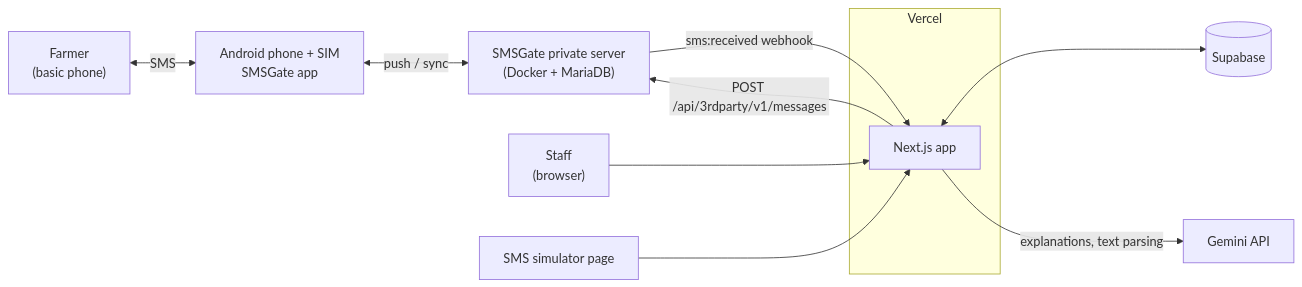
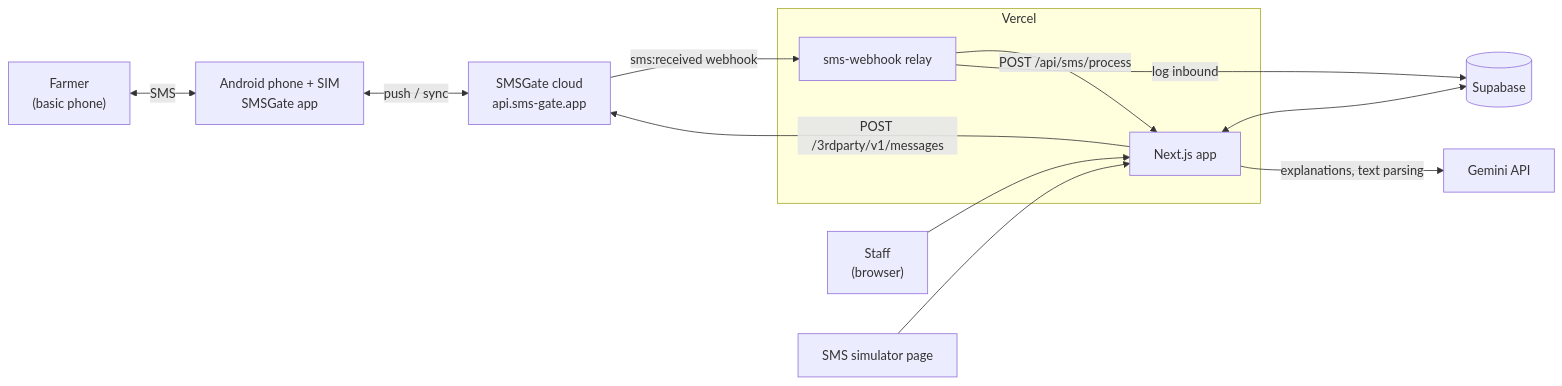
One commit to andrianllmm/hack-iloilo changed the first of 4 diagrams in TRD.md. Above: the diagram before and after it, drawn with Mermaid. The commit also changed other lines of this file and 3 other files, not shown here.

Commit message:
docs(sms): document cloud gateway and relay

````diff
--- a/TRD.md
+++ b/TRD.md
@@ -31,14 +31,17 @@
 ```mermaid
 flowchart LR
   farmer["Farmer<br/>(basic phone)"] <-->|SMS| phone["Android phone + SIM<br/>SMSGate app"]
-  phone <-->|"push / sync"| gw["SMSGate private server<br/>(Docker + MariaDB)"]
-  gw -->|"sms:received webhook"| app
-  app -->|"POST /api/3rdparty/v1/messages"| gw
+  phone <-->|"push / sync"| gw["SMSGate cloud<br/>api.sms-gate.app"]
+  gw -->|"sms:received webhook"| relay
+  relay -->|"POST /api/sms/process"| app
+  app -->|"POST /3rdparty/v1/messages"| gw
   staff["Staff<br/>(browser)"] --> app
   sim["SMS simulator page"] --> app
   subgraph vercel["Vercel"]
     app["Next.js app"]
+    relay["sms-webhook relay"]
   end
   app <--> db[("Supabase")]
+  relay -->|"log inbound"| db
   app -->|"explanations, text parsing"| ai["Gemini API"]
 ```
````
